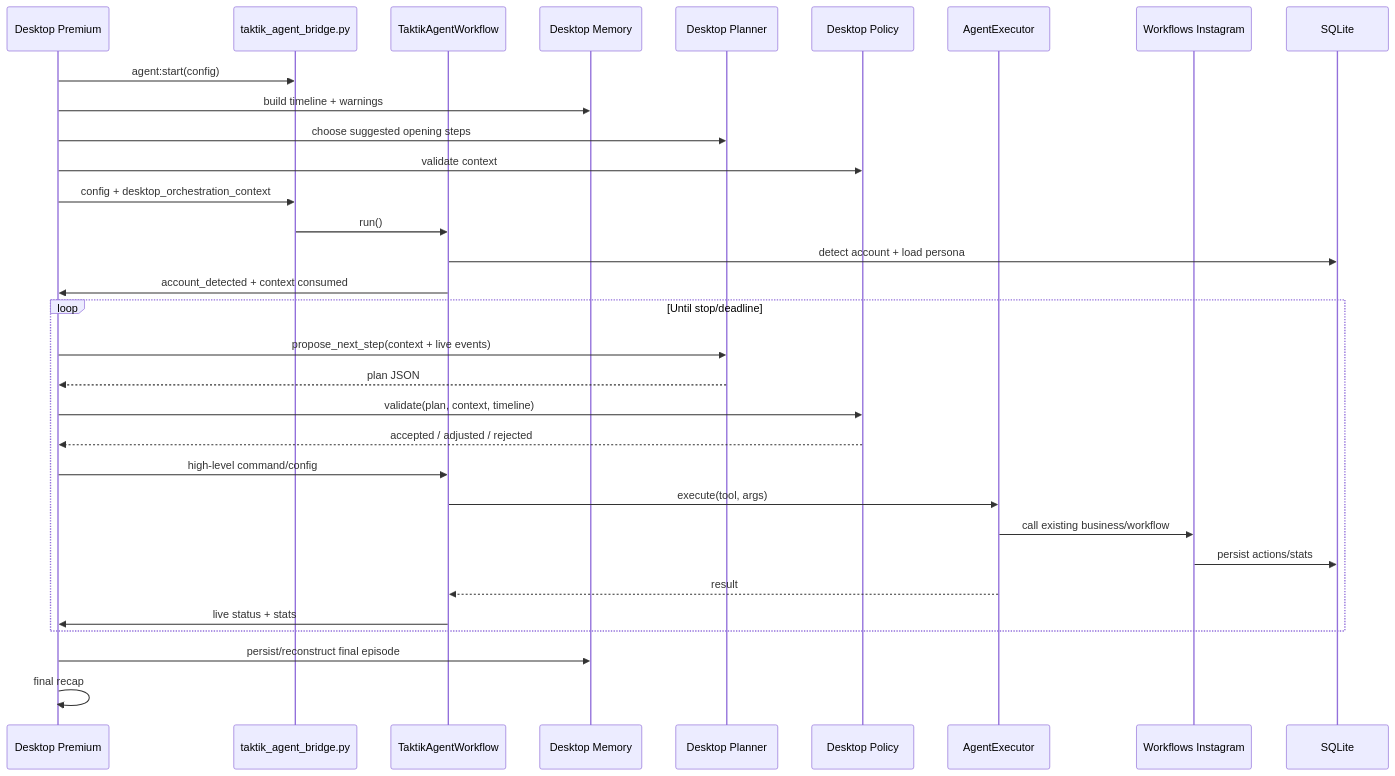
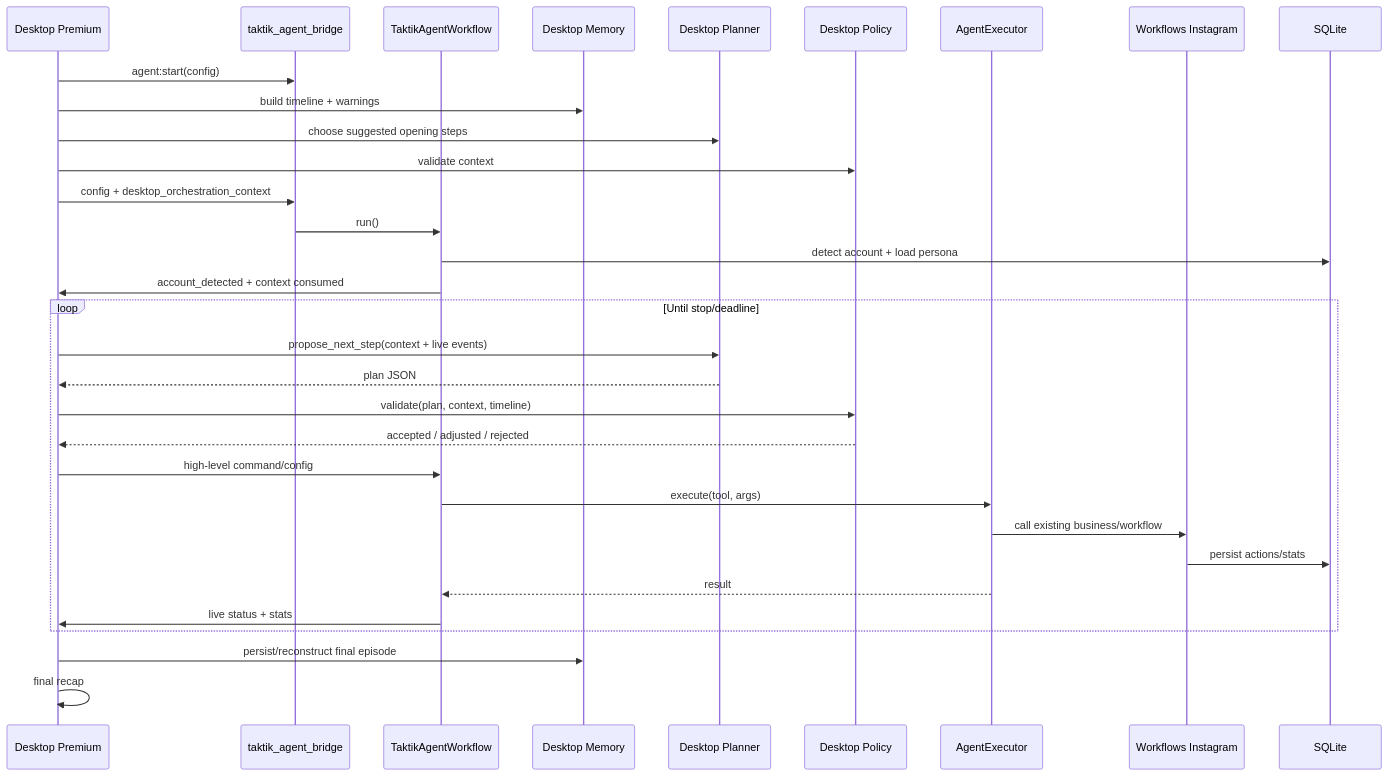
Before and after one commit to masterFuf/taktik-bot: the second of 2 diagrams in docs/core/taktik-agent-autonomous-orchestration.md, drawn with Mermaid. The commit also changed other lines of this file and 2 other files, not shown here.

````diff
--- a/docs/core/taktik-agent-autonomous-orchestration.md
+++ b/docs/core/taktik-agent-autonomous-orchestration.md
@@ -292,35 +299,35 @@
 ```mermaid
 sequenceDiagram
     participant Front as Desktop Premium
-    participant Bridge as taktik_agent_bridge.py
+    participant Bridge as taktik_agent_bridge
     participant WF as TaktikAgentWorkflow
     participant Memory as Desktop Memory
     participant Planner as Desktop Planner
     participant Policy as Desktop Policy
     participant Exec as AgentExecutor
     participant Tools as Workflows Instagram
     participant DB as SQLite
 
     Front->>Bridge: agent:start(config)
     Front->>Memory: build timeline + warnings
     Front->>Planner: choose suggested opening steps
     Front->>Policy: validate context
     Front->>Bridge: config + desktop_orchestration_context
     Bridge->>WF: run()
     WF->>DB: detect account + load persona
     WF->>Front: account_detected + context consumed
     loop Until stop/deadline
         Front->>Planner: propose_next_step(context + live events)
         Planner-->>Front: plan JSON
         Front->>Policy: validate(plan, context, timeline)
         Policy-->>Front: accepted / adjusted / rejected
         Front->>WF: high-level command/config
         WF->>Exec: execute(tool, args)
         Exec->>Tools: call existing business/workflow
         Tools->>DB: persist actions/stats
         Exec-->>WF: result
         WF->>Front: live status + stats
     end
     Front->>Memory: persist/reconstruct final episode
     Front->>Front: final recap
 ```
````
